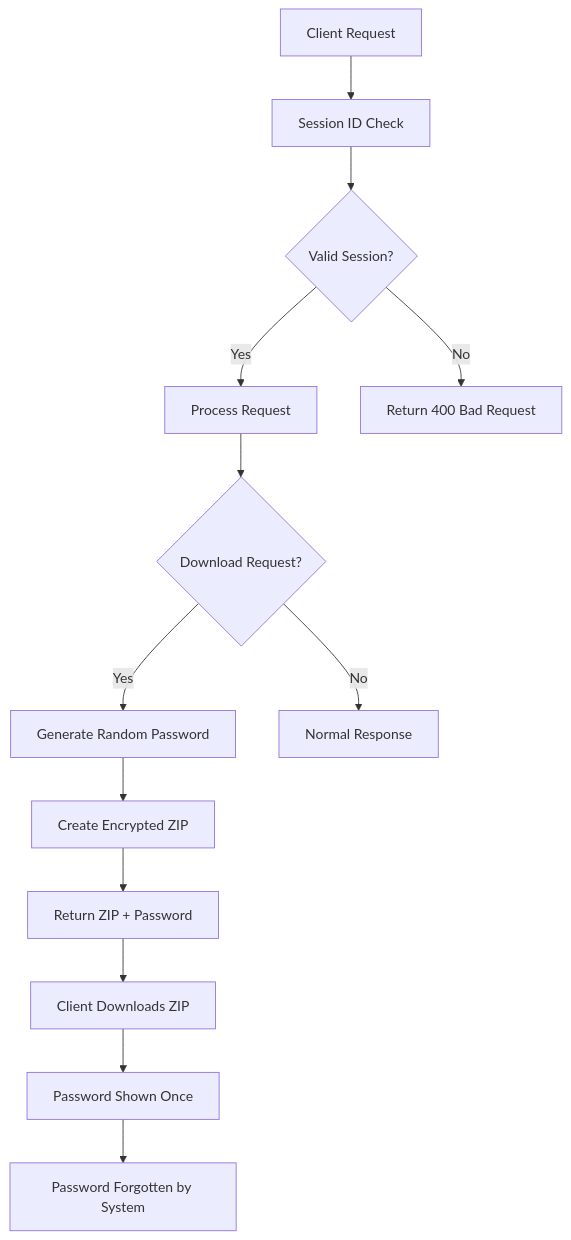
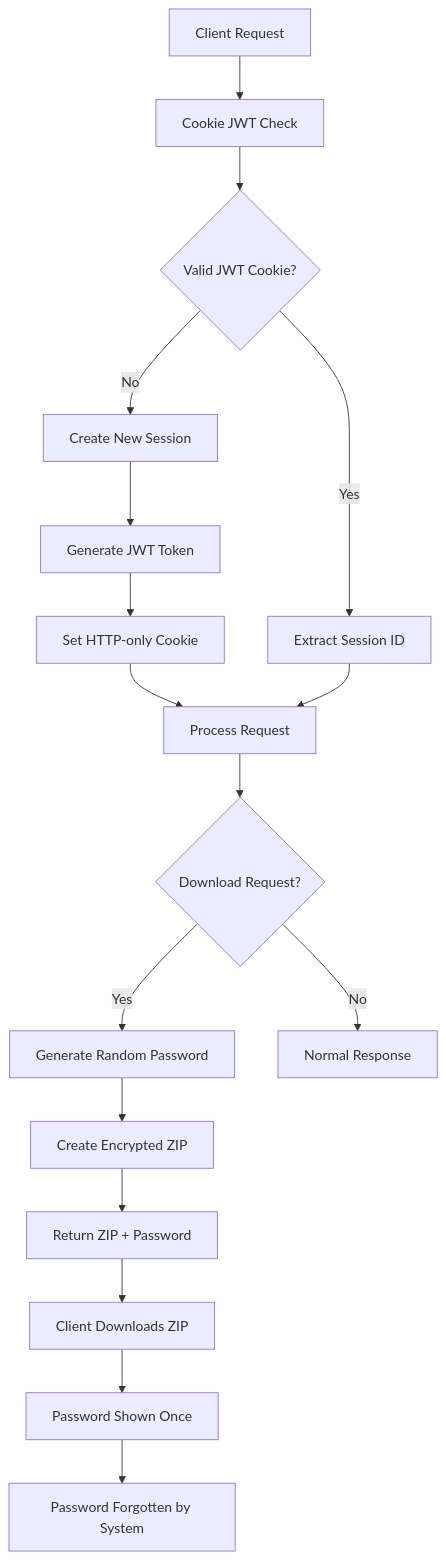
One commit to fuhdan/certificate-tools changed the sixth of 11 diagrams in TECHNICAL.md. Above: the diagram before and after it, drawn with Mermaid. The commit also changed other lines of this file and 1 other file, not shown here.

````diff
--- a/TECHNICAL.md
+++ b/TECHNICAL.md
@@ -457,17 +556,22 @@
 ```mermaid
 flowchart TD
-    A[Client Request] --> B[Session ID Check]
-    B --> C{Valid Session?}
-    C -->|Yes| D[Process Request]
-    C -->|No| E[Return 400 Bad Request]
+    A[Client Request] --> B[Cookie JWT Check]
+    B --> C{Valid JWT Cookie?}
+    C -->|Yes| D[Extract Session ID]
+    C -->|No| E[Create New Session]
     
-    D --> F{Download Request?}
-    F -->|Yes| G[Generate Random Password]
-    F -->|No| H[Normal Response]
+    E --> F[Generate JWT Token]
+    F --> G[Set HTTP-only Cookie]
+    G --> H[Process Request]
     
-    G --> I[Create Encrypted ZIP]
-    I --> J[Return ZIP + Password]
-    J --> K[Client Downloads ZIP]
-    K --> L[Password Shown Once]
-    L --> M[Password Forgotten by System]
+    D --> H
+    H --> I{Download Request?}
+    I -->|Yes| J[Generate Random Password]
+    I -->|No| K[Normal Response]
+    
+    J --> L[Create Encrypted ZIP]
+    L --> M[Return ZIP + Password]
+    M --> N[Client Downloads ZIP]
+    N --> O[Password Shown Once]
+    O --> P[Password Forgotten by System]
 ```
````
